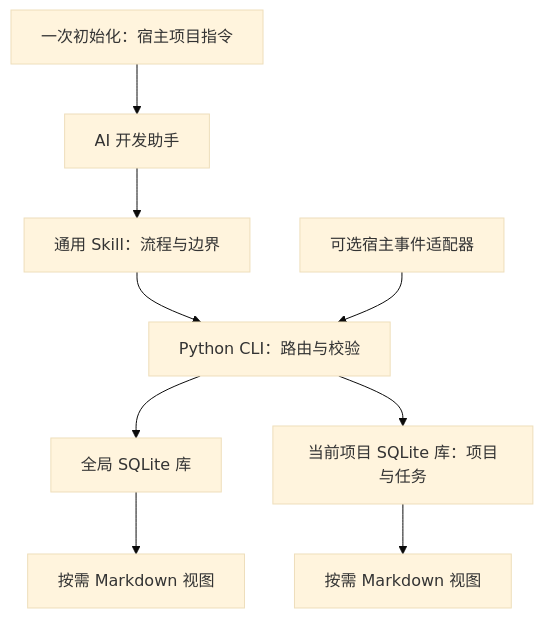
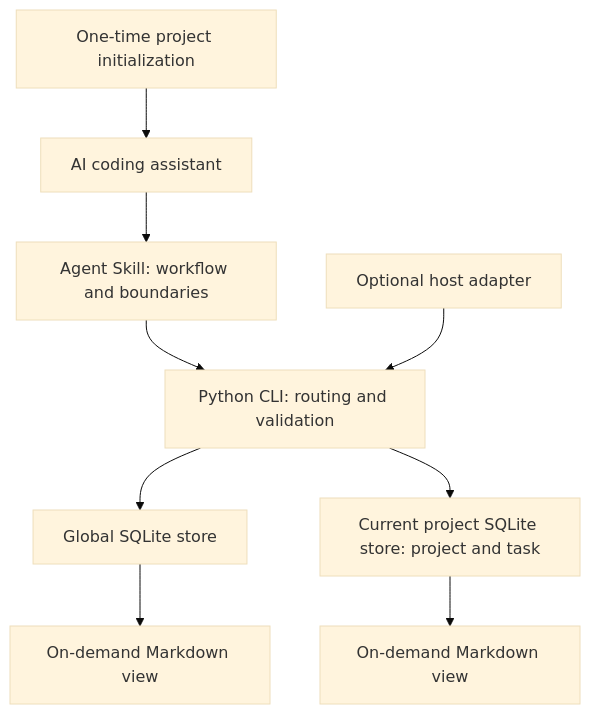
The diagram in README.md (chrisstarr7/dev-memory), drawn with Mermaid (base theme) before and after one commit. The commit also changed other lines of this file and 5 other files, not shown here.

````diff
--- a/README.md
+++ b/README.md
@@ -102,11 +101,11 @@
 ```mermaid
 flowchart TD
-    I[一次初始化：宿主项目指令] --> A[AI 开发助手]
-    A --> S[通用 Skill：流程与边界]
-    S --> C[Python CLI：路由与校验]
-    H[可选宿主事件适配器] --> C
-    C --> G[全局 SQLite 库]
-    C --> P[当前项目 SQLite 库：项目与任务]
-    G --> GV[按需 Markdown 视图]
-    P --> PV[按需 Markdown 视图]
+    I[One-time project initialization] --> A[AI coding assistant]
+    A --> S[Agent Skill: workflow and boundaries]
+    S --> C[Python CLI: routing and validation]
+    H[Optional host adapter] --> C
+    C --> G[Global SQLite store]
+    C --> P[Current project SQLite store: project and task]
+    G --> GV[On-demand Markdown view]
+    P --> PV[On-demand Markdown view]
 ```
````
